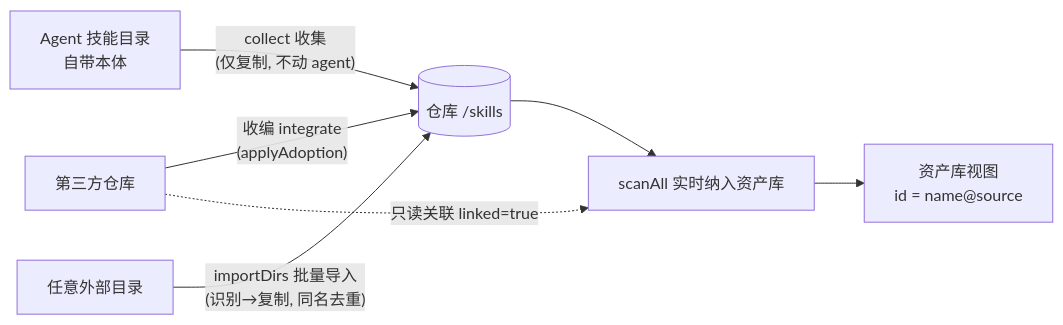
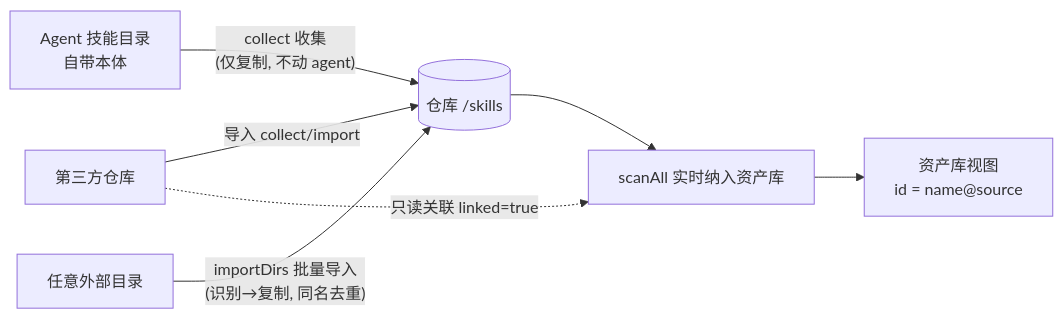
One commit to lcy362/local-skills-hub changed the third of 6 diagrams in docs/data-flow.md. Above: the diagram before and after it, drawn with Mermaid. The commit also changed 8 other files, not shown here.

````diff
--- a/docs/data-flow.md
+++ b/docs/data-flow.md
@@ -143,9 +143,9 @@
 ```mermaid
 flowchart LR
     A[Agent 技能目录<br/>自带本体] -- "collect 收集<br/>(仅复制, 不动 agent)" --> R
     B[任意外部目录] -- "importDirs 批量导入<br/>(识别→复制, 同名去重)" --> R
-    C[第三方仓库] -- "收编 integrate<br/>(applyAdoption)" --> R
+    C[第三方仓库] -- "导入 collect/import" --> R
     C -. "只读关联 linked=true" .-> S[scanAll 实时纳入资产库]
     R[(仓库 <repo>/skills)]
     R --> S --> LIB[资产库视图<br/>id = name@source]
 ```
````
